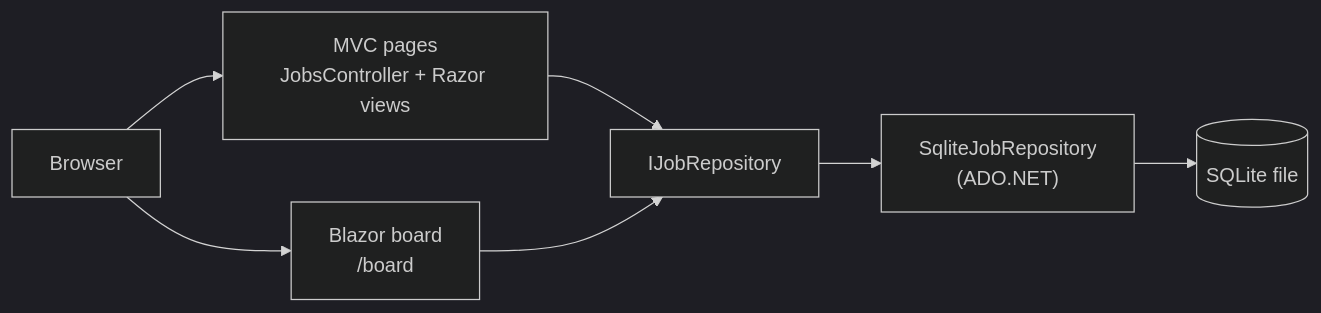
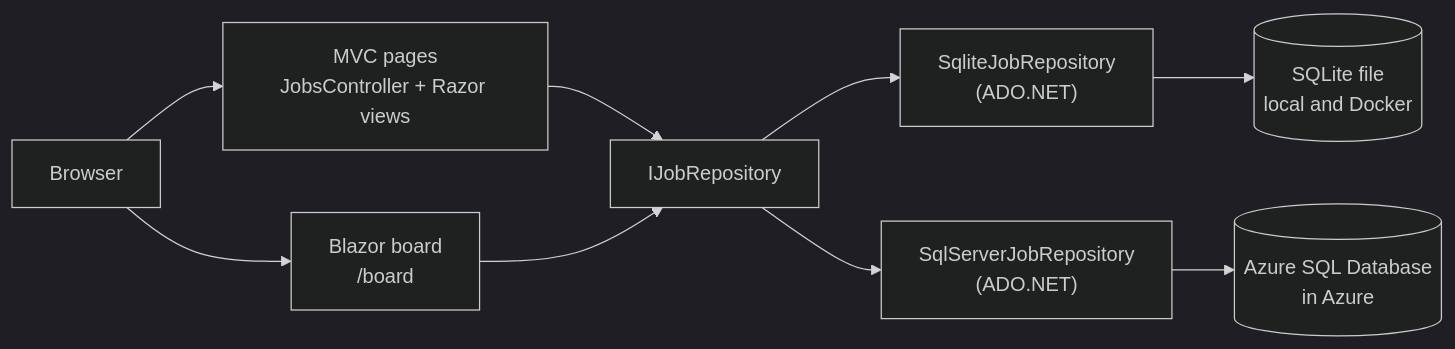
The diagram in README.md (rrhocking/JobApplicationTracker_Rhocking), drawn with Mermaid (dark theme) before and after one commit. The commit also changed other lines of this file and 6 other files, not shown here.

Commit message:
azure-sql-8 move database from SQLLite to Azure

````diff
--- a/README.md
+++ b/README.md
@@ -17,9 +18,11 @@
 ```mermaid
 flowchart LR
     Browser --> MVC["MVC pages<br/>JobsController + Razor views"]
     Browser --> Blazor["Blazor board<br/>/board"]
     MVC --> Repo["IJobRepository"]
     Blazor --> Repo
     Repo --> Sqlite["SqliteJobRepository<br/>(ADO.NET)"]
-    Sqlite --> Db[("SQLite file")]
+    Repo --> SqlServer["SqlServerJobRepository<br/>(ADO.NET)"]
+    Sqlite --> Db[("SQLite file<br/>local and Docker")]
+    SqlServer --> Azure[("Azure SQL Database<br/>in Azure")]
 ```
````
